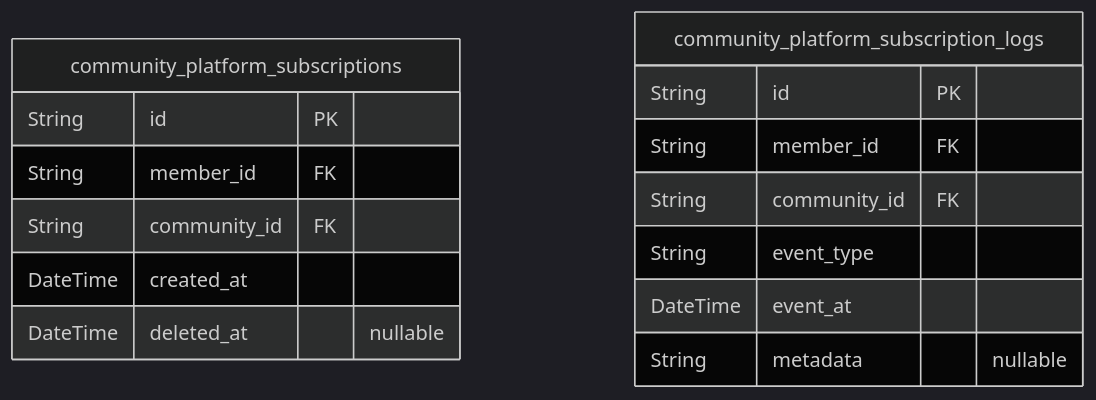
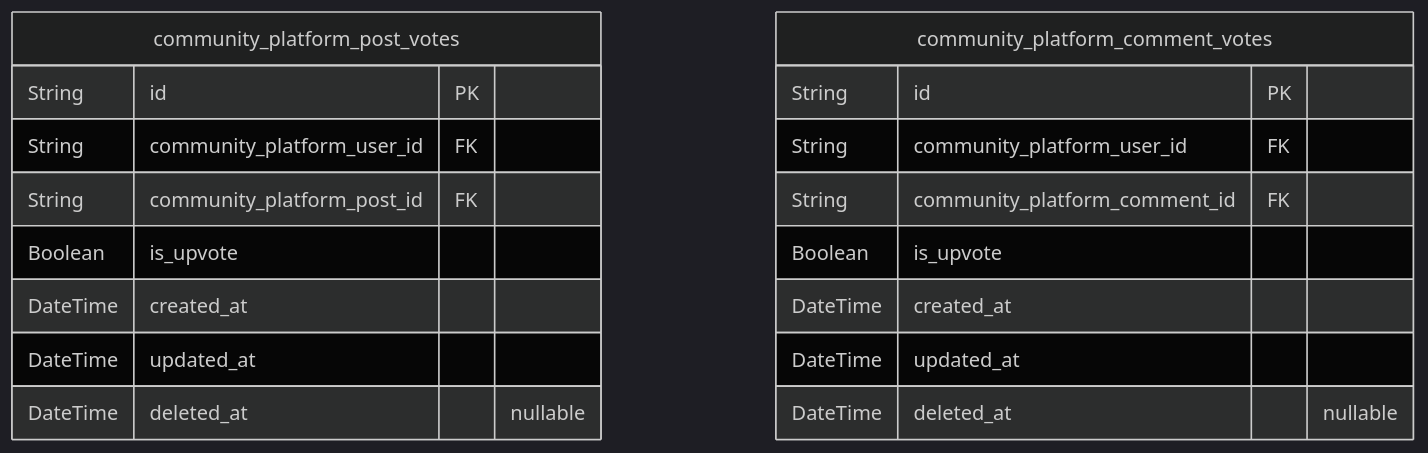
Before and after one commit to wrtnlabs/autobe-examples: the seventh of 10 diagrams in openai/gpt-4.1/reddit/docs/ERD.md, drawn with Mermaid (dark theme). The commit also changed other lines of this file and 16146 other files, not shown here.

````diff
--- a/openai/gpt-4.1/reddit/docs/ERD.md
+++ b/openai/gpt-4.1/reddit/docs/ERD.md
@@ -704,18 +914,21 @@
 ```mermaid
 erDiagram
-"community_platform_subscriptions" {
+"community_platform_post_votes" {
   String id PK
-  String member_id FK
-  String community_id FK
+  String community_platform_user_id FK
+  String community_platform_post_id FK
+  Boolean is_upvote
   DateTime created_at
+  DateTime updated_at
   DateTime deleted_at "nullable"
 }
-"community_platform_subscription_logs" {
+"community_platform_comment_votes" {
   String id PK
-  String member_id FK
-  String community_id FK
-  String event_type
-  DateTime event_at
-  String metadata "nullable"
+  String community_platform_user_id FK
+  String community_platform_comment_id FK
+  Boolean is_upvote
+  DateTime created_at
+  DateTime updated_at
+  DateTime deleted_at "nullable"
 }
 ```
````
